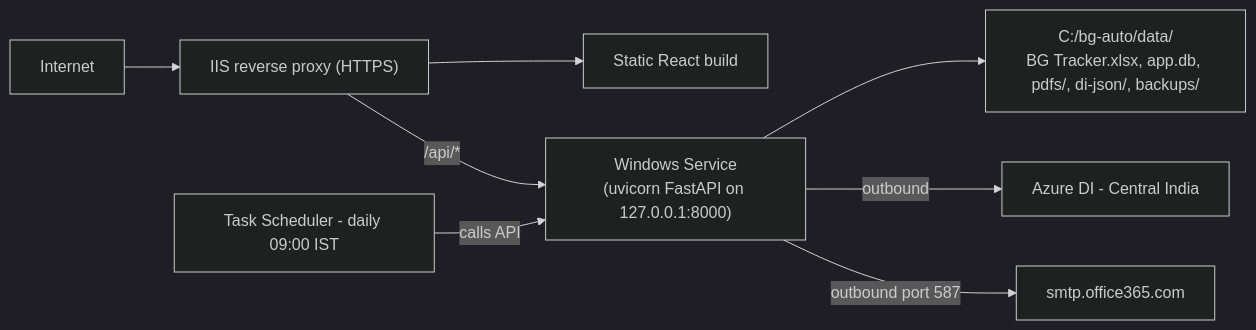
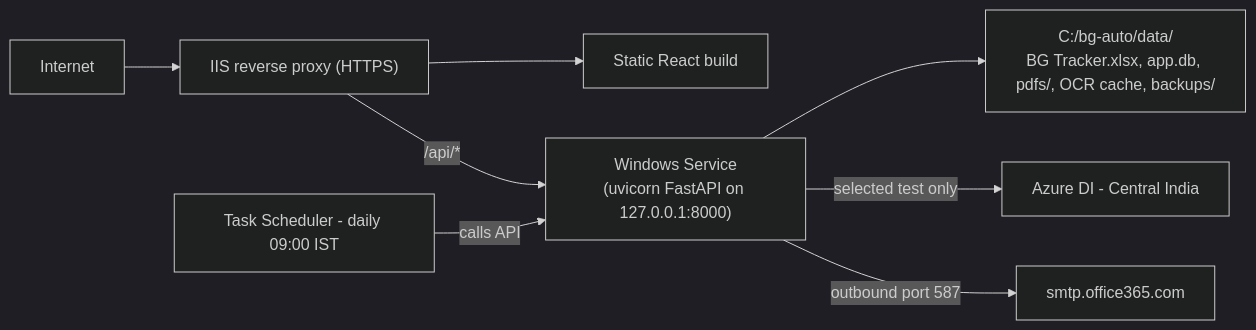
The third of 3 diagrams in plan/01-architecture.md (LaxmiKhilnani-nhit/Bank-Guarantee-Automation), drawn with Mermaid (dark theme) before and after one commit. The commit also changed other lines of this file and 58 other files, not shown here.

Commit message:
Add BG automation app and Markdown OCR pipeline

````diff
--- a/plan/01-architecture.md
+++ b/plan/01-architecture.md
@@ -92,10 +93,10 @@
 ```mermaid
 flowchart LR
   Internet --> IIS["IIS reverse proxy (HTTPS)"]
   IIS --> FE["Static React build"]
   IIS -->|"/api/*"| SVC["Windows Service\n(uvicorn FastAPI on 127.0.0.1:8000)"]
-  SVC --> DATA["C:/bg-auto/data/\nBG Tracker.xlsx, app.db, pdfs/, di-json/, backups/"]
-  SVC -->|outbound| DIC["Azure DI - Central India"]
+  SVC --> DATA["C:/bg-auto/data/\nBG Tracker.xlsx, app.db, pdfs/, OCR cache, backups/"]
+  SVC -->|selected test only| DIC["Azure DI - Central India"]
   SVC -->|outbound port 587| O365["smtp.office365.com"]
   TS["Task Scheduler - daily 09:00 IST"] -->|calls API| SVC
 ```
````
